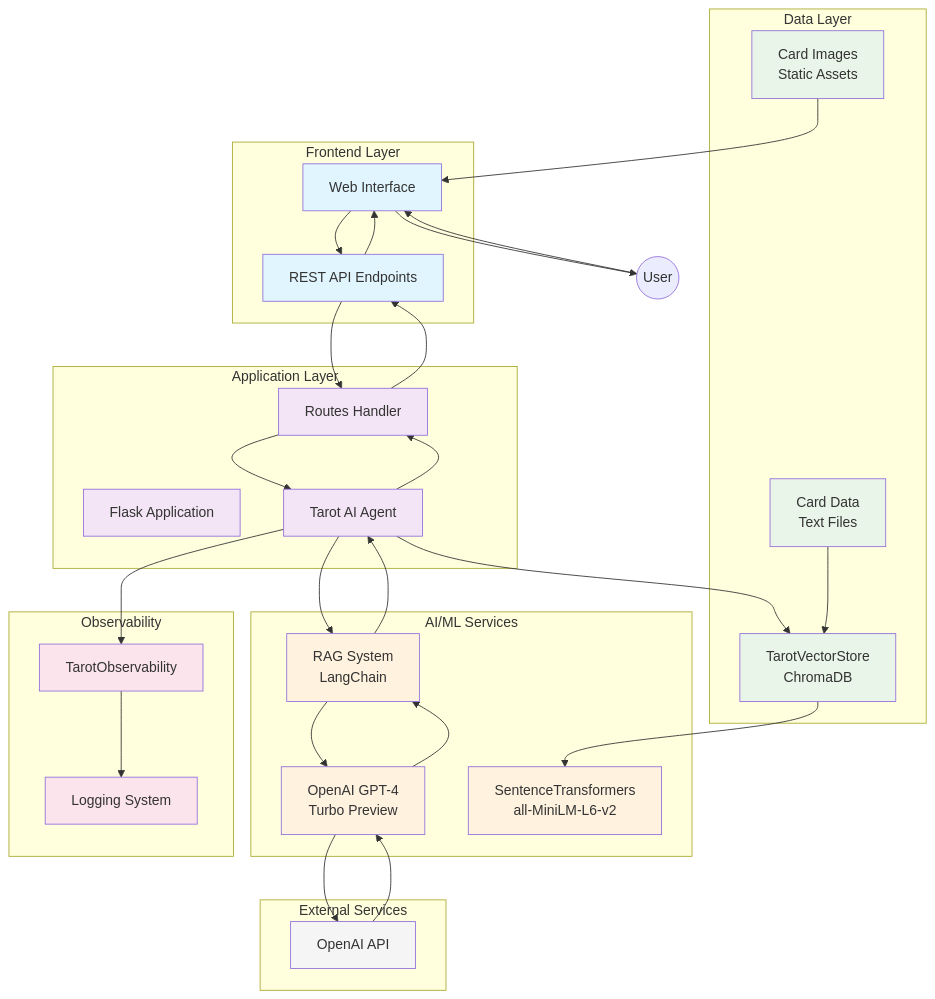
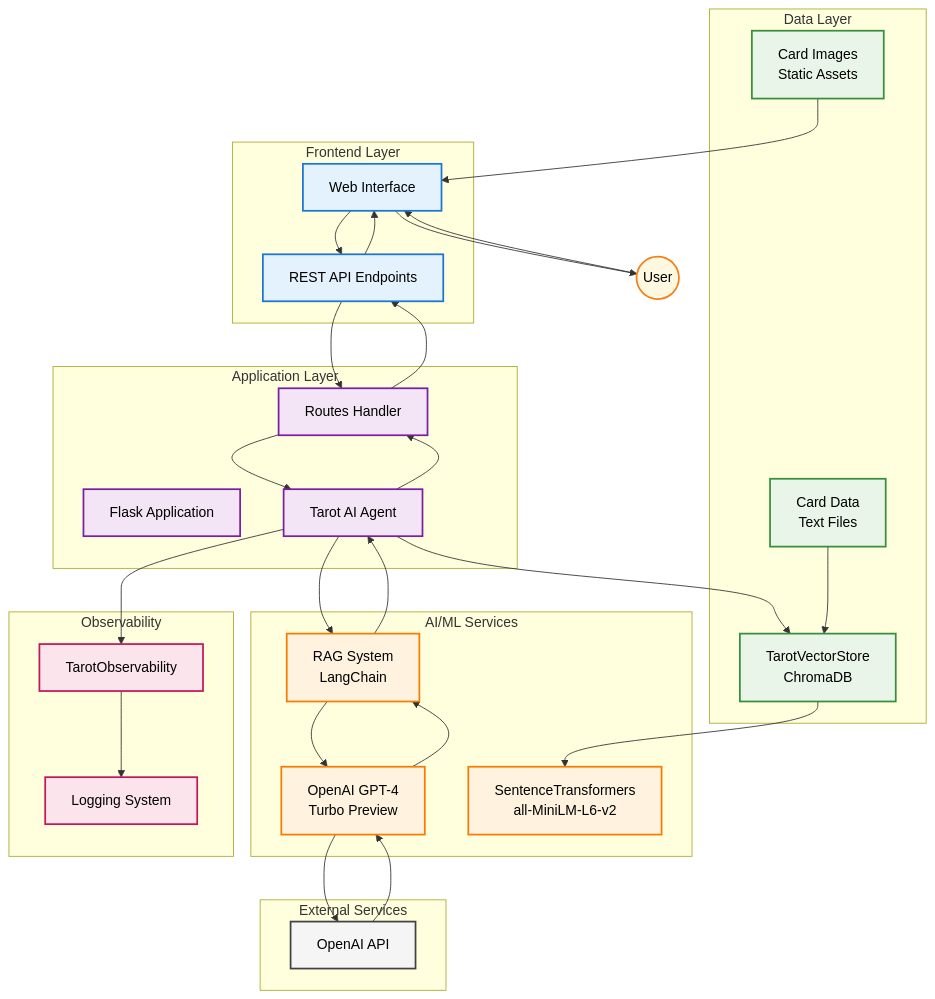
Before and after one commit to igorgorovoy/fwdays-hackaton-ai-agent-risk-assessment-system: the fourth of 7 diagrams in README.md, drawn with Mermaid. The commit also changed other lines of this file, not shown here.

Commit message:
add arch , hld. make more readable diagrams

````diff
--- a/README.md
+++ b/README.md
@@ -179,18 +216,19 @@
     API --> UI
     UI --> User
 
-    %% Styling
-    classDef frontend fill:#e1f5fe
-    classDef application fill:#f3e5f5
-    classDef ai fill:#fff3e0
-    classDef data fill:#e8f5e8
-    classDef monitoring fill:#fce4ec
-    classDef external fill:#f5f5f5
-
+    %% Стилі для кращої читабельності на GitHub
+    classDef frontend fill:#e3f2fd,stroke:#1976d2,stroke-width:2px,color:#000
+    classDef application fill:#f3e5f5,stroke:#7b1fa2,stroke-width:2px,color:#000
+    classDef ai fill:#fff3e0,stroke:#f57c00,stroke-width:2px,color:#000
+    classDef data fill:#e8f5e8,stroke:#388e3c,stroke-width:2px,color:#000
+    classDef monitoring fill:#fce4ec,stroke:#c2185b,stroke-width:2px,color:#000
+    classDef external fill:#f5f5f5,stroke:#424242,stroke-width:2px,color:#000
+    classDef user fill:#fff8e1,stroke:#f57f17,stroke-width:2px,color:#000
     class UI,API frontend
     class Flask,Routes,Agent application
     class LLM,RAG,Embeddings ai
     class VectorStore,CardData,Images data
     class Monitor,Logs monitoring
     class OpenAI external
+    class User user
 ```
````
